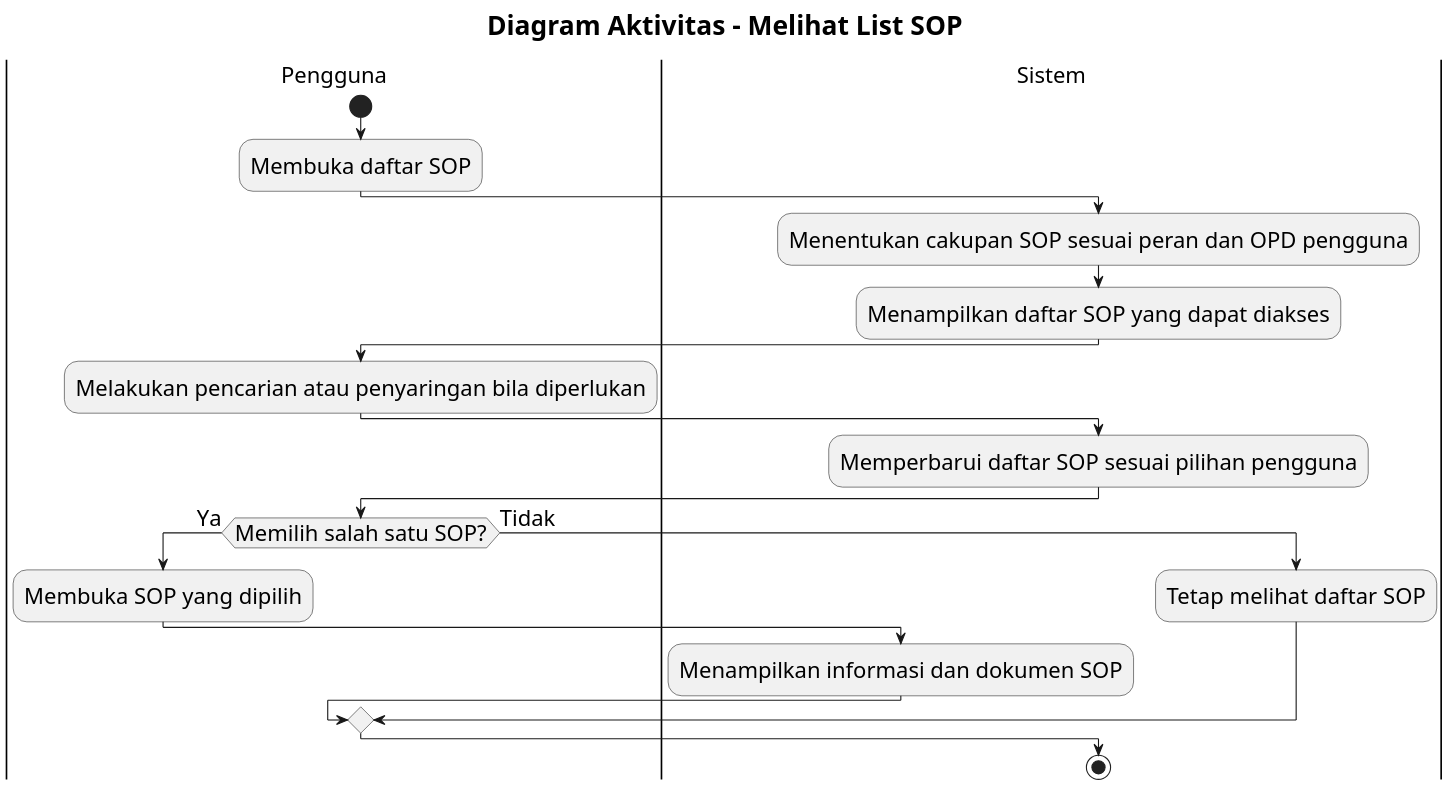
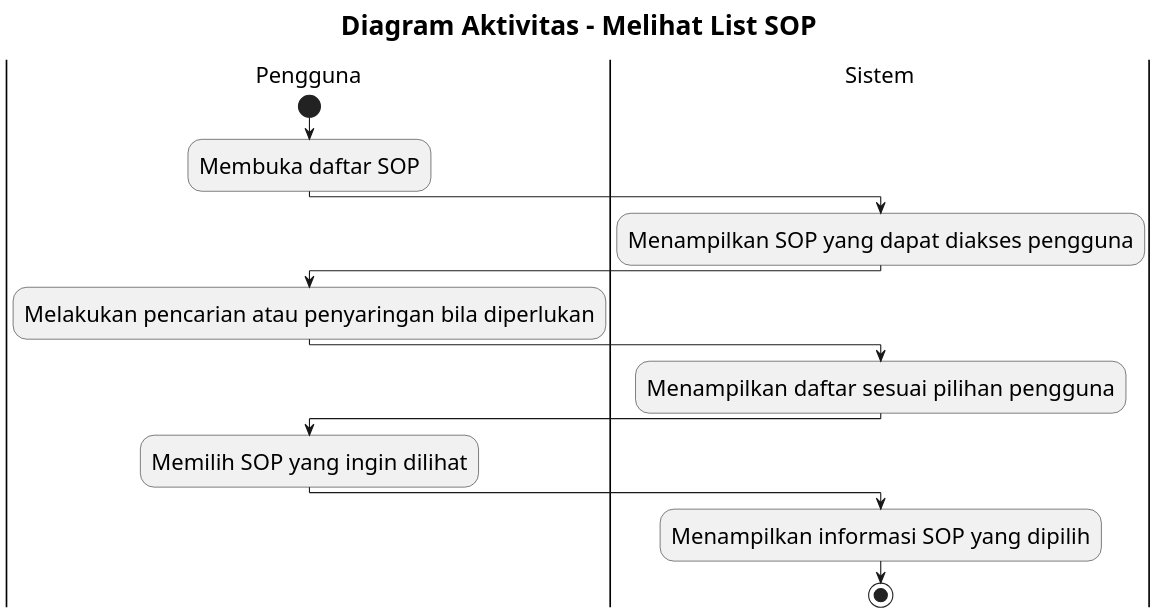
One commit to howlil/sop-generate-app changed the diagram in docs/activity-diagram/lampiran/seluruh-pengguna-melihat-list-sop.md. Above: the diagram before and after it, drawn with PlantUML. The commit also changed other lines of this file and 20 other files, not shown here.

Commit message:
docs(activity): simplify flows to business-level design

````diff
--- a/docs/activity-diagram/lampiran/seluruh-pengguna-melihat-list-sop.md
+++ b/docs/activity-diagram/lampiran/seluruh-pengguna-melihat-list-sop.md
@@ -16,36 +16,31 @@
 ```plantuml
 @startuml
 skinparam defaultFontSize 20
 skinparam titleFontSize 24
 skinparam dpi 160
 
 title Diagram Aktivitas - Melihat List SOP
 
 |Pengguna|
 start
 :Membuka daftar SOP;
 
 |Sistem|
-:Menentukan cakupan SOP sesuai peran dan OPD pengguna;
-:Menampilkan daftar SOP yang dapat diakses;
+:Menampilkan SOP yang dapat diakses pengguna;
 
 |Pengguna|
 :Melakukan pencarian atau penyaringan bila diperlukan;
 
 |Sistem|
-:Memperbarui daftar SOP sesuai pilihan pengguna;
+:Menampilkan daftar sesuai pilihan pengguna;
 
 |Pengguna|
-if (Memilih salah satu SOP?) then (Ya)
-  :Membuka SOP yang dipilih;
+:Memilih SOP yang ingin dilihat;
 
-  |Sistem|
-  :Menampilkan informasi dan dokumen SOP;
-else (Tidak)
-  :Tetap melihat daftar SOP;
-endif
+|Sistem|
+:Menampilkan informasi SOP yang dipilih;
 
 stop
 
 @enduml
 ```
````
